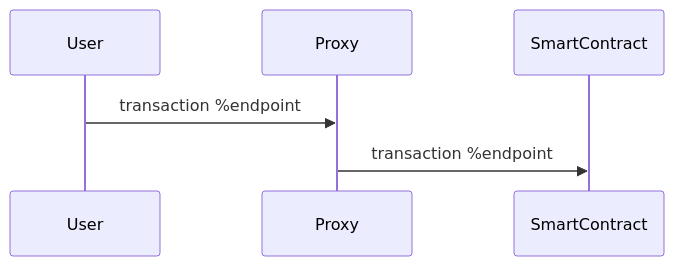
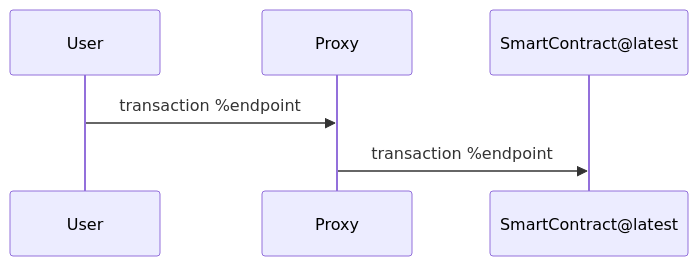
One commit to marigold-dev/training-dapp-3 changed the third of 7 diagrams in README.md. Above: the diagram before and after it, drawn with Mermaid. The commit also changed other lines of this file and 2 other files, not shown here.

````diff
--- a/README.md
+++ b/README.md
@@ -139,5 +133,5 @@
 ```mermaid
 sequenceDiagram
   User->>Proxy: transaction %endpoint
-  Proxy->>SmartContract: transaction %endpoint
+  Proxy->>SmartContract@latest: transaction %endpoint
 ```
````
